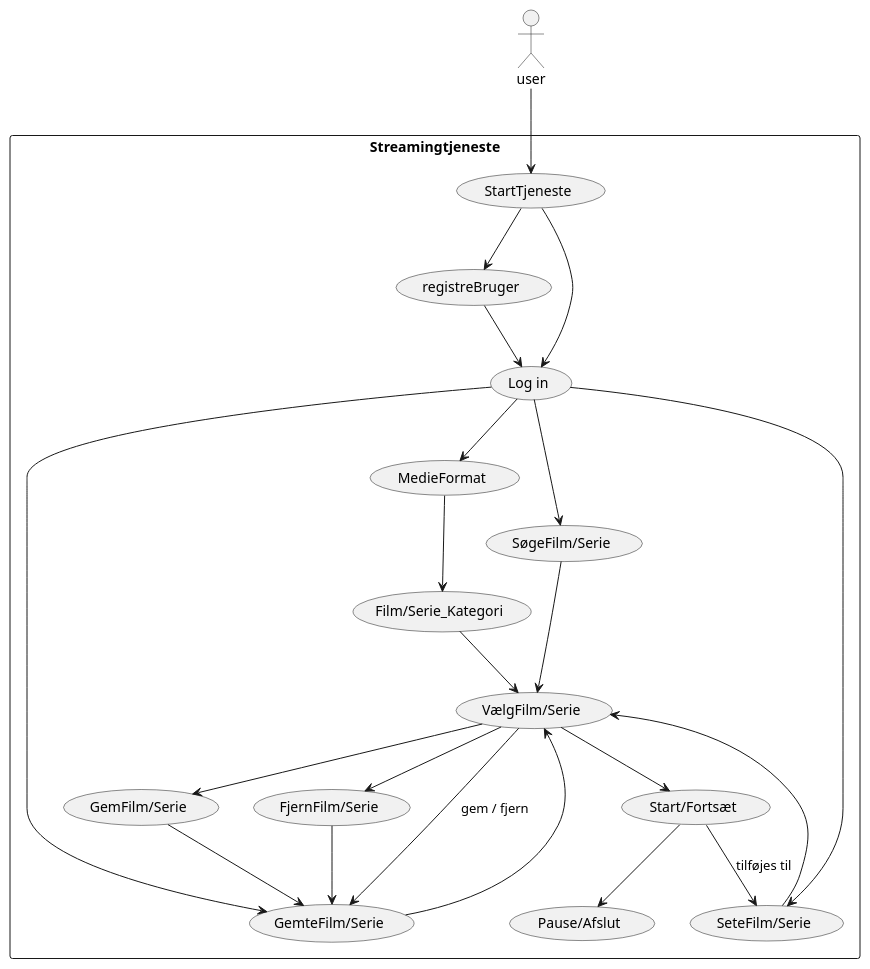
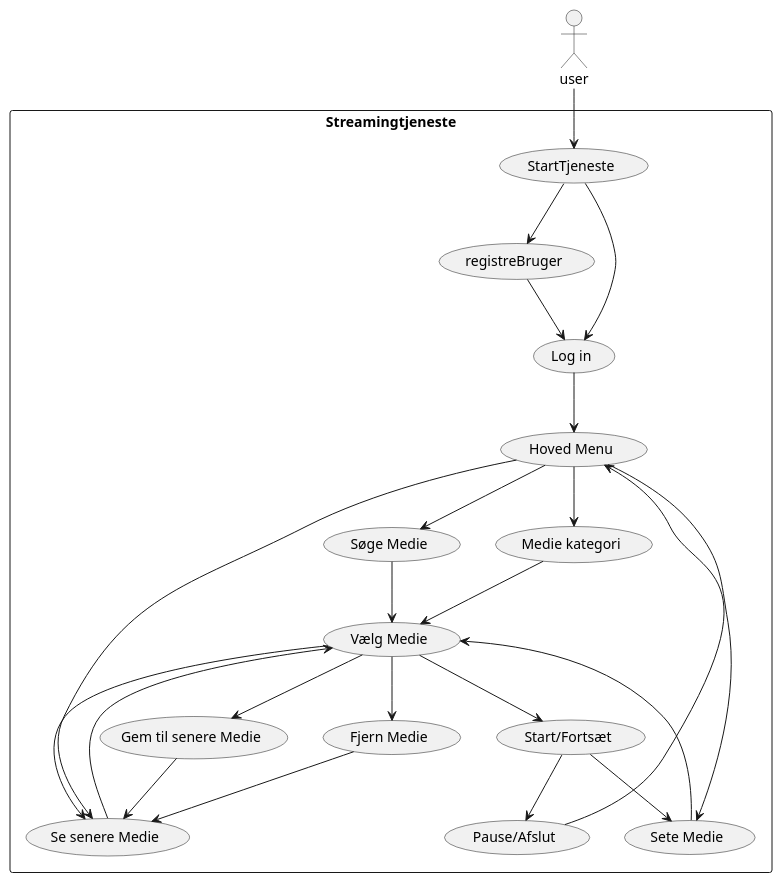
One commit to offwong/SP3 changed the diagram in doc/dynamic/useCase2.puml. Above: the diagram before and after it, drawn with PlantUML.

```diff
--- a/doc/dynamic/useCase2.puml
+++ b/doc/dynamic/useCase2.puml
@@ -2,52 +2,56 @@
 @startuml useCase
 
 
 actor user
 
 
 rectangle Streamingtjeneste {
   usecase "StartTjeneste" as UC1
   usecase "registreBruger" as UC2
   usecase "Log in" as UC3
-  usecase "MedieFormat" as UC4
   usecase "Start/Fortsæt" as UC6
   usecase "Pause/Afslut" as UC7
-  usecase "SøgeFilm/Serie" as UC8
-  usecase "GemteFilm/Serie" as UC9
-  usecase "SeteFilm/Serie" as UC10
-  usecase "Film/Serie_Kategori" as UC11
-  usecase "VælgFilm/Serie" as UC12
-  usecase "GemFilm/Serie" as UC13
-  usecase "FjernFilm/Serie" as UC14
+  usecase "Søge Medie" as UC8
+  usecase "Se senere Medie" as UC9
+  usecase "Sete Medie" as UC10
+  usecase "Medie kategori" as UC11
+  usecase "Vælg Medie" as UC12
+  usecase "Gem til senere Medie" as UC13
+  usecase "Fjern Medie" as UC14
+  usecase "Hoved Menu" as UC15
+
 
 
 }
 
 user --> UC1
 
 UC1 --> UC2
 UC1 --> UC3
 UC2 --> UC3
+UC3 --> UC15
 
-UC3 --> UC4
-UC3 --> UC8
-UC3 --> UC9
-UC3 --> UC10
+UC15 --> UC11
+UC15 --> UC8
+UC15 --> UC9
+UC15 --> UC10
 
-UC4 --> UC11
 UC11 --> UC12
 UC8 --> UC12
 UC9 --> UC12
 UC10 --> UC12
 
 UC12 --> UC6
 UC6 --> UC7
 
-UC6 --> UC10 : tilføjes til
-UC12 --> UC9 : gem / fjern
+UC6 --> UC10
+UC12 --> UC9
 
 UC12 --> UC13
 UC12 --> UC14
 UC13 --> UC9
 UC14 --> UC9
+
+UC7 --> UC15
+
 @enduml
```
